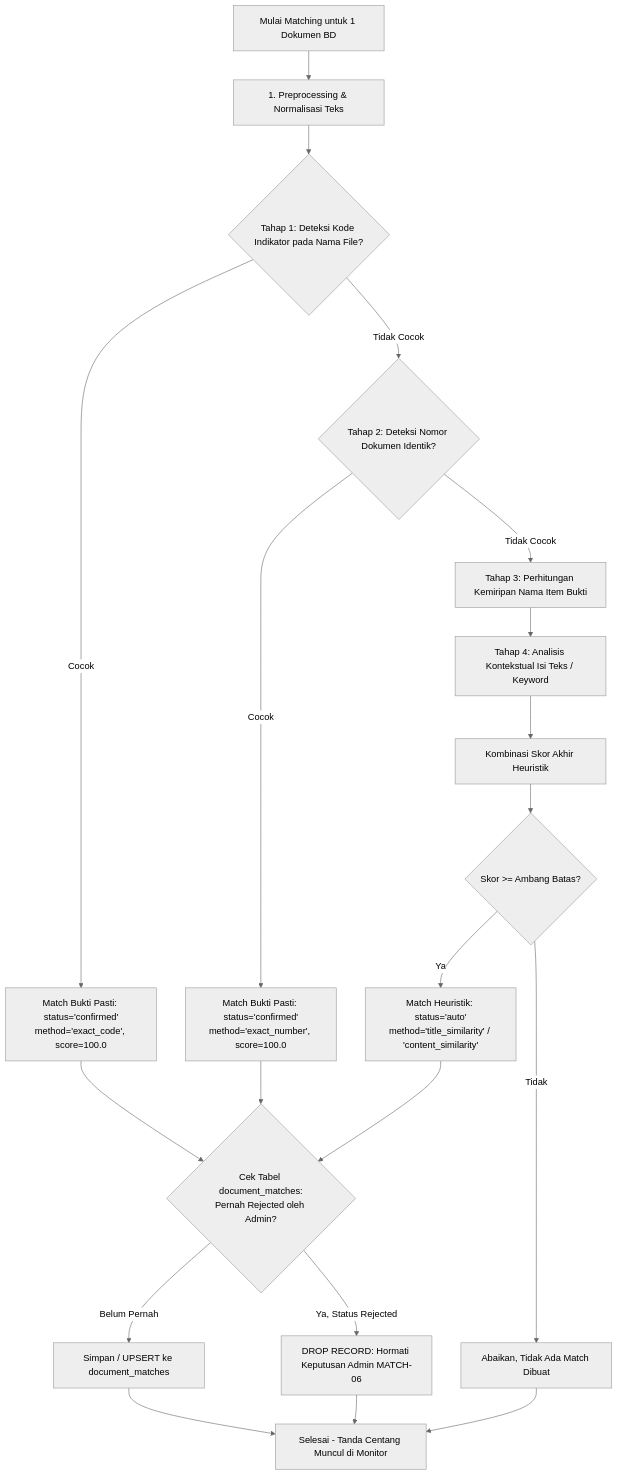
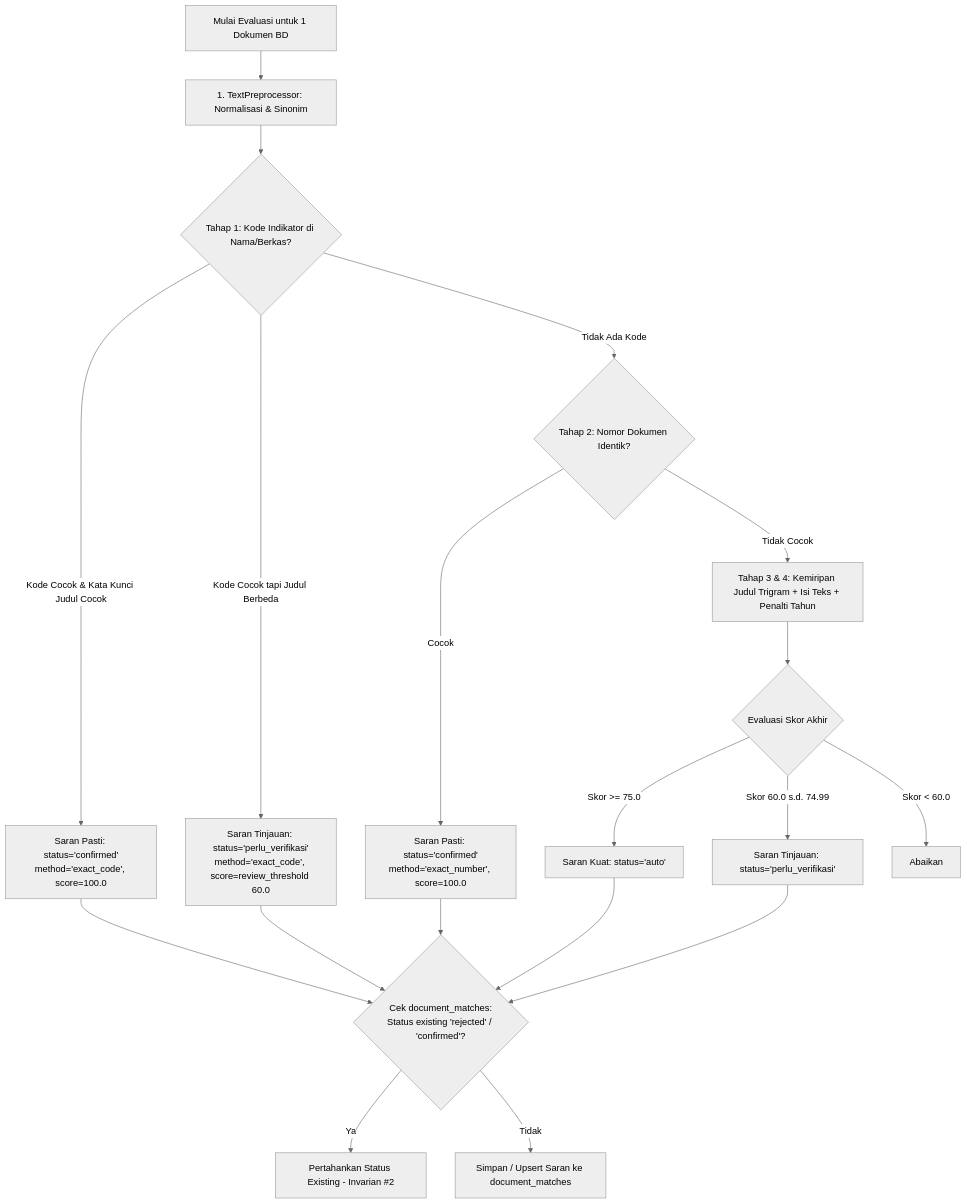
One commit to Raaamaa/websinkronisasi changed the second of 2 diagrams in Md/MATCHING_ALGORITHM.md. Above: the diagram before and after it, drawn with Mermaid (neutral theme). The commit also changed other lines of this file and 10 other files, not shown here.

````diff
--- a/Md/MATCHING_ALGORITHM.md
+++ b/Md/MATCHING_ALGORITHM.md
@@ -76,29 +76,26 @@
 ```mermaid
 flowchart TD
-    START[Mulai Matching untuk 1 Dokumen BD] --> PRE[1. Preprocessing & Normalisasi Teks]
-    
-    PRE --> T1{Tahap 1: Deteksi Kode Indikator pada Nama File?}
-    T1 -->|Cocok| M1[Match Bukti Pasti: status='confirmed'<br/>method='exact_code', score=100.0]
-    
-    T1 -->|Tidak Cocok| T2{Tahap 2: Deteksi Nomor Dokumen Identik?}
-    T2 -->|Cocok| M2[Match Bukti Pasti: status='confirmed'<br/>method='exact_number', score=100.0]
-    
-    T2 -->|Tidak Cocok| T3[Tahap 3: Perhitungan Kemiripan Nama Item Bukti]
-    T3 --> T4[Tahap 4: Analisis Kontekstual Isi Teks / Keyword]
-    T4 --> COMB[Kombinasi Skor Akhir Heuristik]
-    
-    COMB --> T5{Skor >= Ambang Batas?}
-    T5 -->|Ya| M3[Match Heuristik: status='auto'<br/>method='title_similarity' / 'content_similarity']
-    T5 -->|Tidak| SKIP[Abaikan, Tidak Ada Match Dibuat]
-    
-    M1 --> G_CHECK{Cek Tabel document_matches:<br/>Pernah Rejected oleh Admin?}
+    START[Mulai Evaluasi untuk 1 Dokumen BD] --> PRE[1. TextPreprocessor: Normalisasi & Sinonim]
+
+    PRE --> T1{Tahap 1: Kode Indikator di Nama/Berkas?}
+    T1 -->|Kode Cocok & Kata Kunci Judul Cocok| M1[Saran Pasti: status='confirmed'<br/>method='exact_code', score=100.0]
+    T1 -->|Kode Cocok tapi Judul Berbeda| M1B[Saran Tinjauan: status='perlu_verifikasi'<br/>method='exact_code', score=review_threshold 60.0]
+
+    T1 -->|Tidak Ada Kode| T2{Tahap 2: Nomor Dokumen Identik?}
+    T2 -->|Cocok| M2[Saran Pasti: status='confirmed'<br/>method='exact_number', score=100.0]
+
+    T2 -->|Tidak Cocok| T3[Tahap 3 & 4: Kemiripan Judul Trigram + Isi Teks + Penalti Tahun]
+    T3 --> T5{Evaluasi Skor Akhir}
+    T5 -->|Skor >= 75.0| M3[Saran Kuat: status='auto']
+    T5 -->|Skor 60.0 s.d. 74.99| M4[Saran Tinjauan: status='perlu_verifikasi']
+    T5 -->|Skor < 60.0| SKIP[Abaikan]
+
+    M1 --> G_CHECK{Cek document_matches:<br/>Status existing 'rejected' / 'confirmed'?}
+    M1B --> G_CHECK
     M2 --> G_CHECK
     M3 --> G_CHECK
-    
-    G_CHECK -->|Ya, Status Rejected| DROP[DROP RECORD: Hormati Keputusan Admin MATCH-06]
-    G_CHECK -->|Belum Pernah| SAVE[Simpan / UPSERT ke document_matches]
-    
-    SAVE --> END[Selesai - Tanda Centang Muncul di Monitor]
-    DROP --> END
-    SKIP --> END
+    M4 --> G_CHECK
+
+    G_CHECK -->|Ya| DROP[Pertahankan Status Existing - Invarian #2]
+    G_CHECK -->|Tidak| SAVE[Simpan / Upsert Saran ke document_matches]
 ```
````
